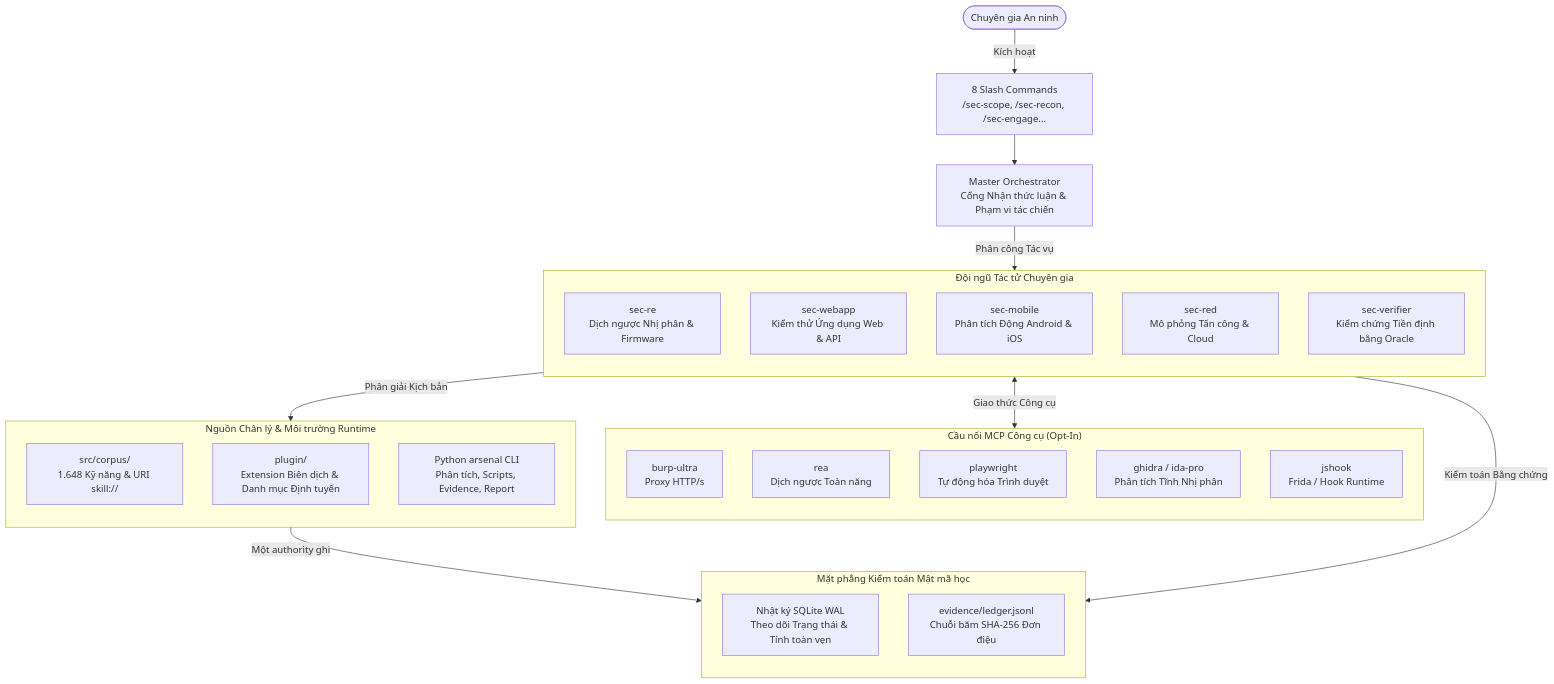
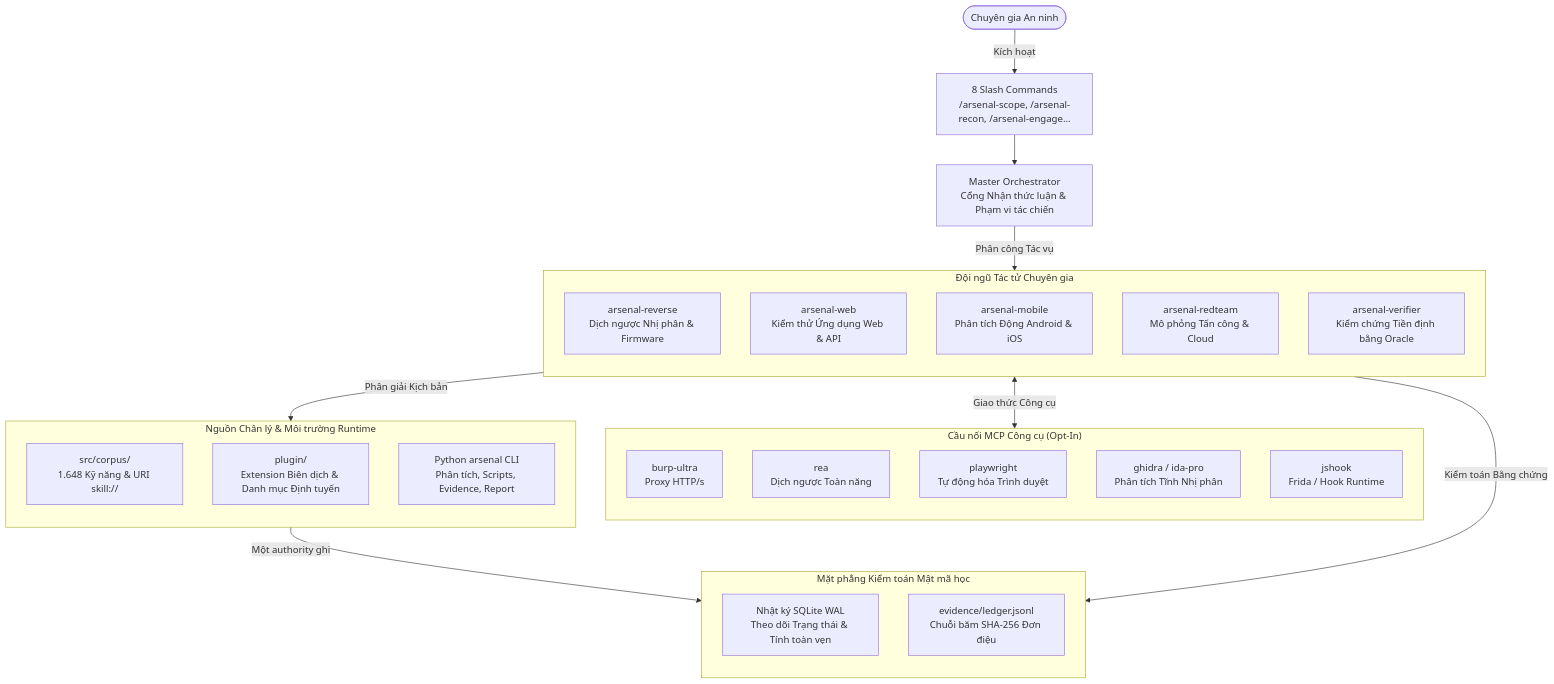
One commit to bitbytelabio/arsenal changed the diagram in README.vi.md. Above: the diagram before and after it, drawn with Mermaid. The commit also changed other lines of this file and 62 other files, not shown here.

````diff
--- a/README.vi.md
+++ b/README.vi.md
@@ -39,45 +39,45 @@
 ```mermaid
 flowchart TD
-    Op([Chuyên gia An ninh]) -->|Kích hoạt| Cmd["8 Slash Commands<br/>/sec-scope, /sec-recon, /sec-engage..."]
+    Op([Chuyên gia An ninh]) -->|Kích hoạt| Cmd["8 Slash Commands<br/>/arsenal-scope, /arsenal-recon, /arsenal-engage..."]
     Cmd --> Orchestrator["Master Orchestrator<br/>Cổng Nhận thức luận & Phạm vi tác chiến"]
 
     subgraph Specialists ["Đội ngũ Tác tử Chuyên gia"]
         direction TB
-        RE["sec-re<br/>Dịch ngược Nhị phân & Firmware"]
-        WA["sec-webapp<br/>Kiểm thử Ứng dụng Web & API"]
-        MO["sec-mobile<br/>Phân tích Động Android & iOS"]
-        RT["sec-red<br/>Mô phỏng Tấn công & Cloud"]
-        VE["sec-verifier<br/>Kiểm chứng Tiền định bằng Oracle"]
+        RE["arsenal-reverse<br/>Dịch ngược Nhị phân & Firmware"]
+        WA["arsenal-web<br/>Kiểm thử Ứng dụng Web & API"]
+        MO["arsenal-mobile<br/>Phân tích Động Android & iOS"]
+        RT["arsenal-redteam<br/>Mô phỏng Tấn công & Cloud"]
+        VE["arsenal-verifier<br/>Kiểm chứng Tiền định bằng Oracle"]
     end
 
     Orchestrator -->|Phân công Tác vụ| Specialists
 
     subgraph Bridges ["Cầu nối MCP Công cụ (Opt-In)"]
         direction TB
         B1["burp-ultra<br/>Proxy HTTP/s"]
         B2["rea<br/>Dịch ngược Toàn năng"]
         B3["playwright<br/>Tự động hóa Trình duyệt"]
         B4["ghidra / ida-pro<br/>Phân tích Tĩnh Nhị phân"]
         B5["jshook<br/>Frida / Hook Runtime"]
     end
 
     Specialists <-->|Giao thức Công cụ| Bridges
 
     subgraph CoreEngine ["Nguồn Chân lý & Môi trường Runtime"]
         direction TB
         Corpus["src/corpus/<br/>1.648 Kỹ năng & URI skill://"]
         PluginDist["plugin/<br/>Extension Biên dịch & Danh mục Định tuyến"]
         NativeTools["Python arsenal CLI<br/>Phân tích, Scripts, Evidence, Report"]
     end
 
     Specialists -->|Phân giải Kịch bản| CoreEngine
 
     subgraph EvidenceLedger ["Mặt phẳng Kiểm toán Mật mã học"]
         direction TB
         Journal["Nhật ký SQLite WAL<br/>Theo dõi Trạng thái & Tính toàn vẹn"]
         Ledger["evidence/ledger.jsonl<br/>Chuỗi băm SHA-256 Đơn điệu"]
     end
 
     NativeTools -->|Một authority ghi| EvidenceLedger
     VE -->|Kiểm toán Bằng chứng| EvidenceLedger
 ```
````
